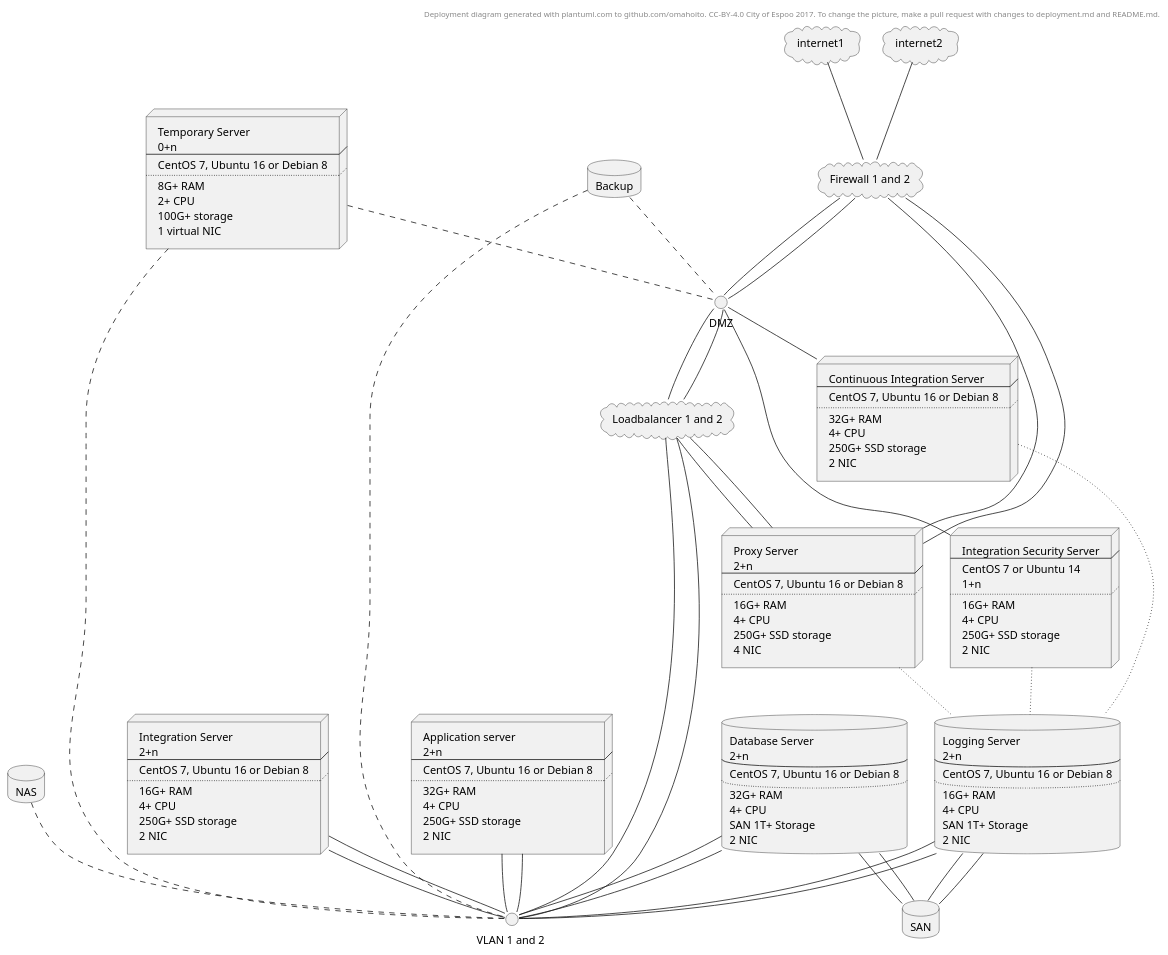
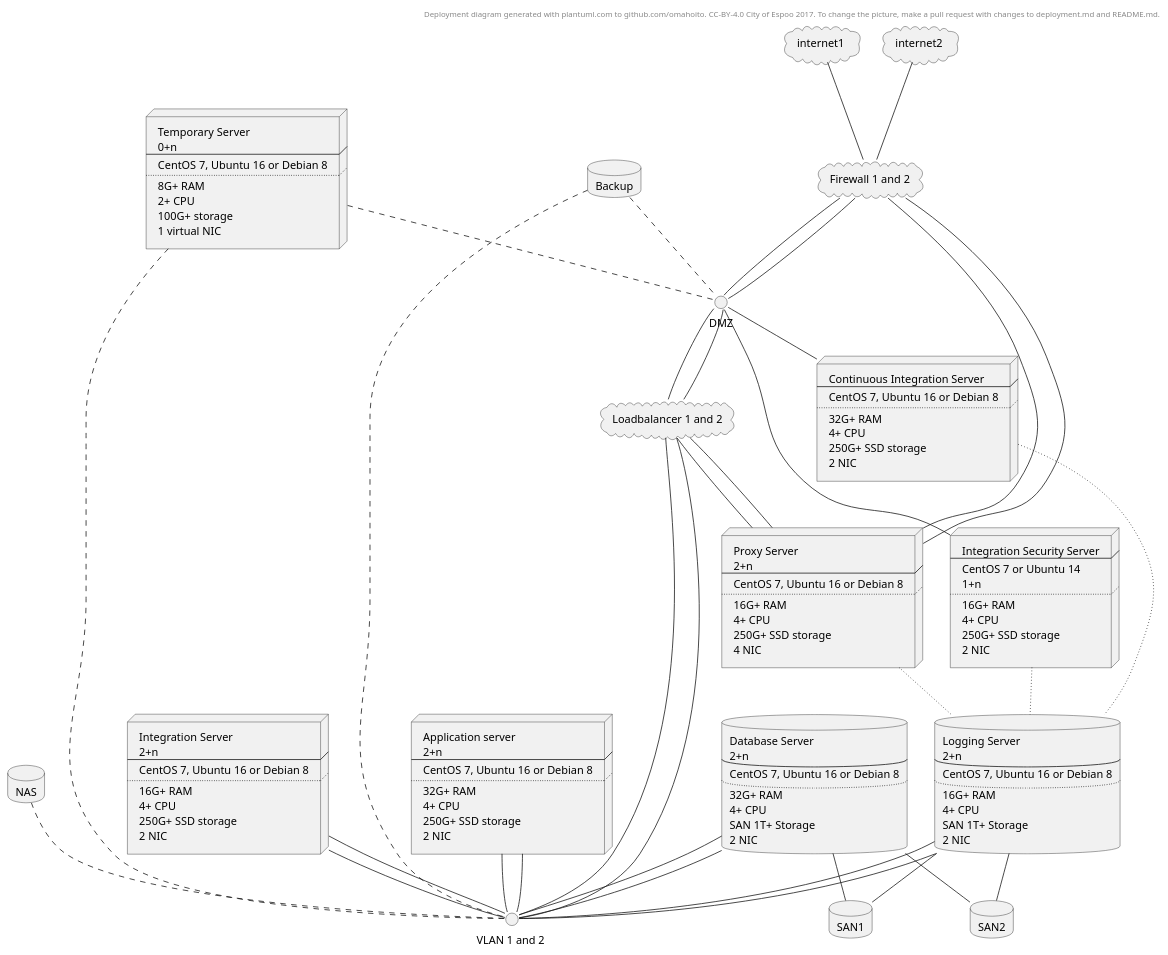
Before and after one commit to ruoat/definitions: the diagram in deployment.md, drawn with PlantUML.

```diff
--- a/deployment.md
+++ b/deployment.md
@@ -103,7 +103,8 @@
 1 virtual NIC
 ]
 database NAS
-database SAN
+database SAN1
+database SAN2
 database Backup
 
 internet1 -- firewall
@@ -128,10 +129,10 @@
 loadbalancer1 -- VLAN1
 database1 -- VLAN1
 database1 -- VLAN1
-database1 -- SAN
-logging1 -- SAN
-database1 -- SAN
-logging1 -- SAN
+database1 -- SAN1
+logging1 -- SAN1
+database1 -- SAN2
+logging1 -- SAN2
 nodeintegration2 -- VLAN1
 nodeintegration2 -- VLAN1
 logging1 -- VLAN1
```
